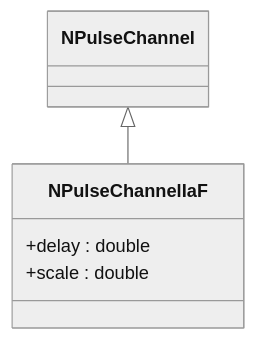
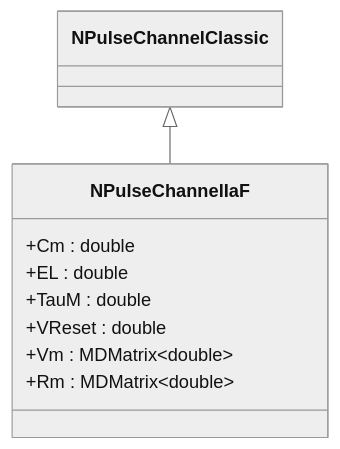
One commit to aicommunity/Nmsdk-PulseLib changed the sixth of 10 diagrams in Docs/Components/NPulseChannelIaF.md. Above: the diagram before and after it, drawn with Mermaid (neutral theme). The commit also changed other lines of this file and 196 other files, not shown here.

````diff
--- a/Docs/Components/NPulseChannelIaF.md
+++ b/Docs/Components/NPulseChannelIaF.md
@@ -7,8 +334,12 @@
 ```mermaid
 classDiagram
-    NPulseChannel <|-- NPulseChannelIaF
+    NPulseChannelClassic <|-- NPulseChannelIaF
     class NPulseChannelIaF {
-        +delay : double
-        +scale : double
+        +Cm : double
+        +EL : double
+        +TauM : double
+        +VReset : double
+        +Vm : MDMatrix~double~
+        +Rm : MDMatrix~double~
     }
 ```
````
